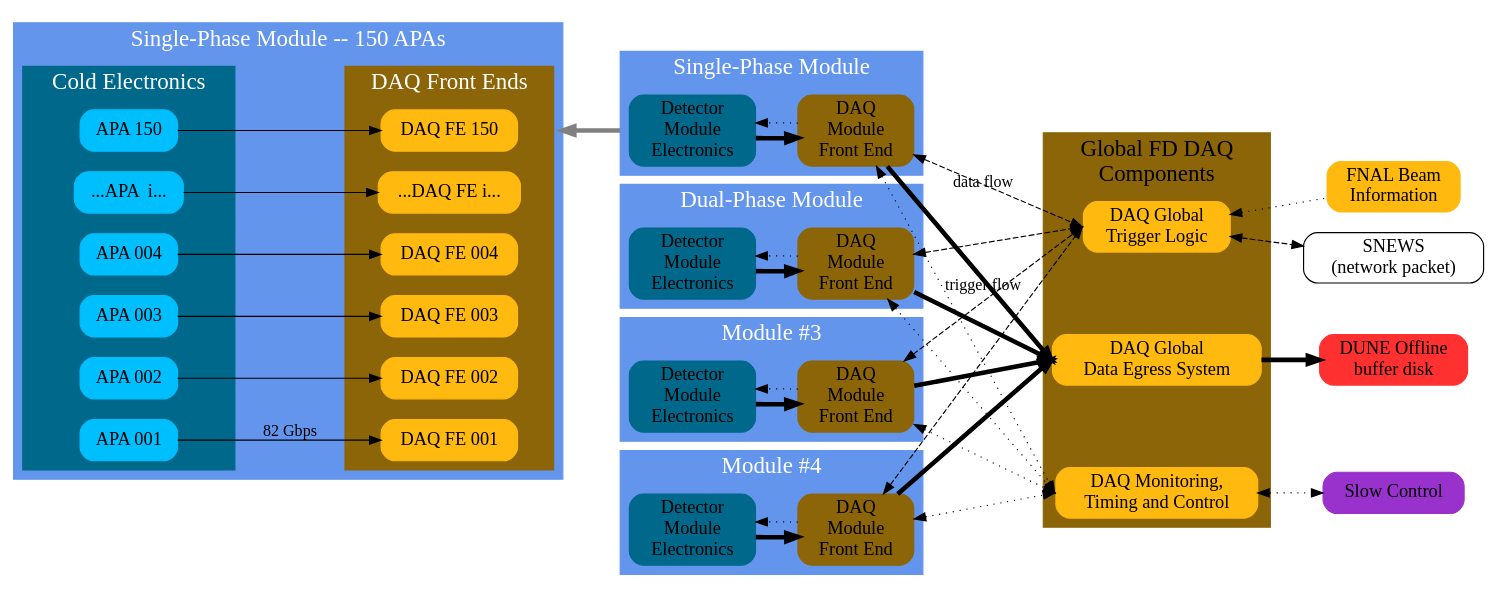
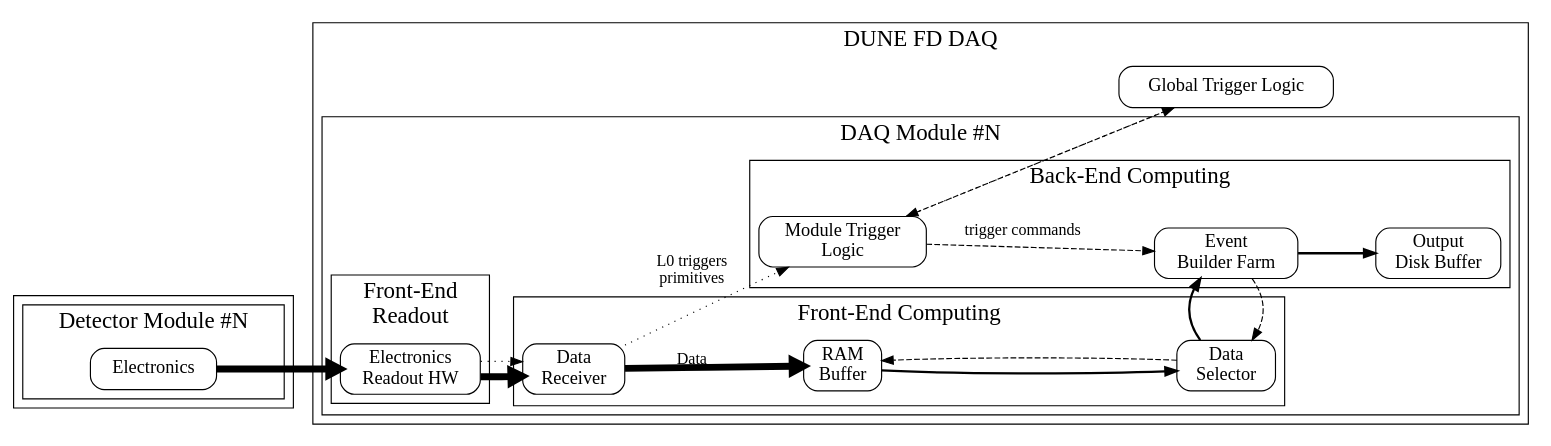
The diagram in far-detector-single-phase/figures/daq-overview.dot (maricicj/Technical-Proposal), drawn with Graphviz before and after one commit. The commit also changed 5 other files, not shown here.

Commit message:
Remove color from diagrams, try to generalize and simplify and incorporate the changes discussed at today's HW meeting w.r.t. the SNB dumps.

```diff
--- a/far-detector-single-phase/figures/daq-overview.dot
+++ b/far-detector-single-phase/figures/daq-overview.dot
@@ -1,116 +1,69 @@
 digraph top {
-        graph[compound=true,ordering=out,fontcolor=white,splines=false,layout=dot,rankdir=LR,style=filled,color=cornflowerblue,fontsize=20];
-        node[shape=box,style="rounded,filled",color=darkgoldenrod4,fontsize=16];
-        subgraph cluster_sp{
-                label="Single-Phase Module -- 150 APAs";
-                subgraph cluster_ce {
-                        label="Cold Electronics";
-                        graph[color=deepskyblue4];
-                        node[color=deepskyblue];
-                        apa1[label="APA 001"]
-                        apa2[label="APA 002"]
-                        apa3[label="APA 003"]
-                        apa4[label="APA 004"]
-                        apaI[label="...APA  i..."]
-                        apaN[label="APA 150"]
+        graph[compound=true,ordering=out,splines=false,layout=dot,rankdir=LR,fontsize=20];
+        node[shape=box,style="rounded",fontsize=16];
+
+        subgraph cluster_dets{
+                subgraph cluster_det1{
+                        label="Detector Module #N";
+                        elec1[label="Electronics"];
                 }
-                subgraph cluster_daqfe {
-                        label="DAQ Front Ends";
-                        graph[color=darkgoldenrod4]
-                        node[color=darkgoldenrod1]
-                        fe1[label="DAQ FE 001"];
-                        fe2[label="DAQ FE 002"];
-                        fe3[label="DAQ FE 003"];
-                        fe4[label="DAQ FE 004"];
-                        feI[label="...DAQ FE i..."];
-                        feN[label="DAQ FE 150"];
+        }
+        subgraph cluster_daqs{
+                label="DUNE FD DAQ";
+
+                subgraph cluster_daq1 {
+                        label="DAQ Module #N";
+                        subgraph cluster_fero1 {
+                                label="Front-End\nReadout";
+                                fero1[label="Electronics\nReadout HW"];
+                        }
+                        subgraph cluster_fecomp1 {
+                                label="Front-End Computing";
+                                receive1[label="Data\nReceiver"];
+                                buffer1[label="RAM\nBuffer"];
+                                selector1[label="Data\nSelector"];
+                        }
+                        subgraph cluster_becomp1 {
+                                label="Back-End Computing";
+                                mtl1[label="Module Trigger\nLogic"];
+                                eb1[label="Event\nBuilder Farm"];
+                                disk1[label="Output\nDisk Buffer"];
+                        }
+                        
                 }
-                apaN->feN;
-                apaI->feI;
-                apa4->fe4;
-                apa3->fe3;
-                apa2->fe2;
-                apa1->fe1[label="82 Gbps"];
-
+                gtl[label="Global Trigger Logic"];
+                
         }
 
-        subgraph cluster_m1{
-                label="Single-Phase Module";
-                c1[label="Detector\nModule\nElectronics",color=deepskyblue4]
-                d1[label="DAQ\nModule\nFront End\n"];
-        }
-        subgraph cluster_m2{
-                label="Dual-Phase Module";
-                c2[label="Detector\nModule\nElectronics",color=deepskyblue4]
-                d2[label="DAQ\nModule\nFront End"];
-        }
-        subgraph cluster_m3{
-                label="Module #3";
-                c3[label="Detector\nModule\nElectronics",color=deepskyblue4]
-                d3[label="DAQ\nModule\nFront End"];
-        }
-        subgraph cluster_m4{
-                label="Module #4";
-                c4[label="Detector\nModule\nElectronics",color=deepskyblue4]
-                d4[label="DAQ\nModule\nFront End"];
-        }
-        subgraph cluster_g{
-                graph[color=darkgoldenrod4,fontcolor=black,style=filled];
-                node[color=darkgoldenrod1];
-                label="Global FD DAQ\nComponents\n";
-                t[label="DAQ Global\nTrigger Logic"];
-                j1[style=invis];
-                a[label="DAQ Global\nData Egress System"];
-                j2[style=invis];
-                m[label="DAQ Monitoring,\nTiming and Control"];
-        }
-        node[shape=box,style="rounded,filled"];
-        o[label="DUNE Offline\nbuffer disk",color=firebrick1];
-        f[label="FNAL Beam\nInformation",color=darkgoldenrod1]
-        s[label="SNEWS\n(network packet)",style=rounded,color=black]
-        sc[label="Slow Control",color=darkorchid]
+        // full raw data
+        edge[penwidth=6];
+        elec1->fero1;
+        
+        fero1->receive1;
 
-        edge[penwidth=4];
+        receive1->buffer1[label="\nData\n"];
+
+        // L0 trigger primitives
+        edge[penwidth=1,style=dotted]
+        fero1->receive1;
+        receive1->mtl1[label="L0 triggers\nprimitives"];
+        // L1 trigger commands
+        edge[penwidth=1,style=dashed]
+        mtl1->eb1[label="\ntrigger commands\n\n"];
+        eb1->selector1;
+        selector1->buffer1;
+
+        // Selected readout
+        edge[penwidth=2,style=solid]
+        buffer1->selector1->eb1->disk1;
+
+        // global trigger primitives
+        edge[penwidth=1,style=dotted]
+        mtl1->gtl;
         
-        c1->d1;
-        d1->a:w[label="data flow"];
-        c2->d2;
-        d2->a:w;
-        c3->d3->a:w;
-        c4->d4->a:w;
-        a->o;
-
-        edge[dir=both,penwidth=1,style=dashed];
-        d1->t:w
-        d2->t:w
-        d3->t:w
-        d4->t:w[label="trigger flow"];
-        t->s;
+        // global trigger commands
+        edge[penwidth=1,style=dashed]
+        gtl->mtl1;
         
-        edge[dir=both,penwidth=1,style=dotted];
-        d1->m:w;
-        d2->m:w;
-        d3->m:w;
-        d4->m:w;
-        m->sc;
-
-        edge[dir=normal];
-        
-        d1->c1;
-        d2->c2;
-        d3->c3;
-        d4->c4;
-        
-
-        edge[dir=back];
-        t->f;
-        
-
-        //label="High Level DUNE Far Detector DAQ Context";
-        label="";
-
-        edge[penwidth=4,color=gray,dir=back,style=normal];
-        feN->c1[ltail=cluster_sp, lhead=cluster_m1,label="       "];
-
         
 }
```
